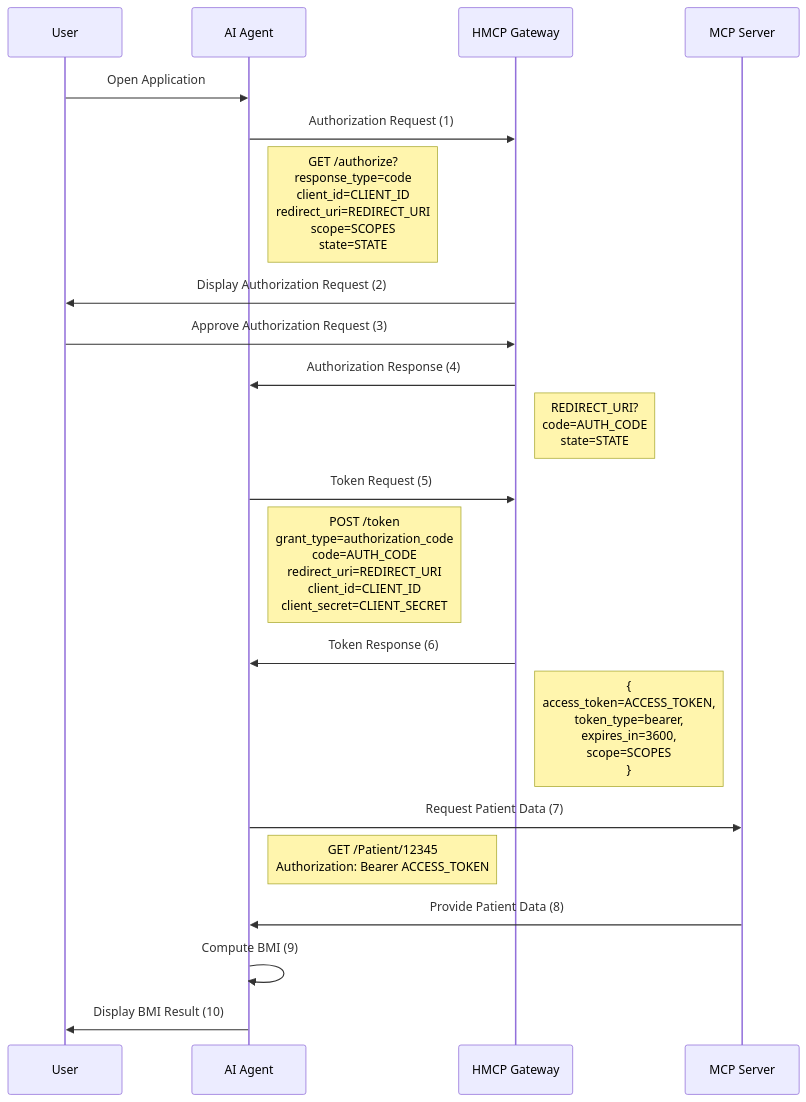
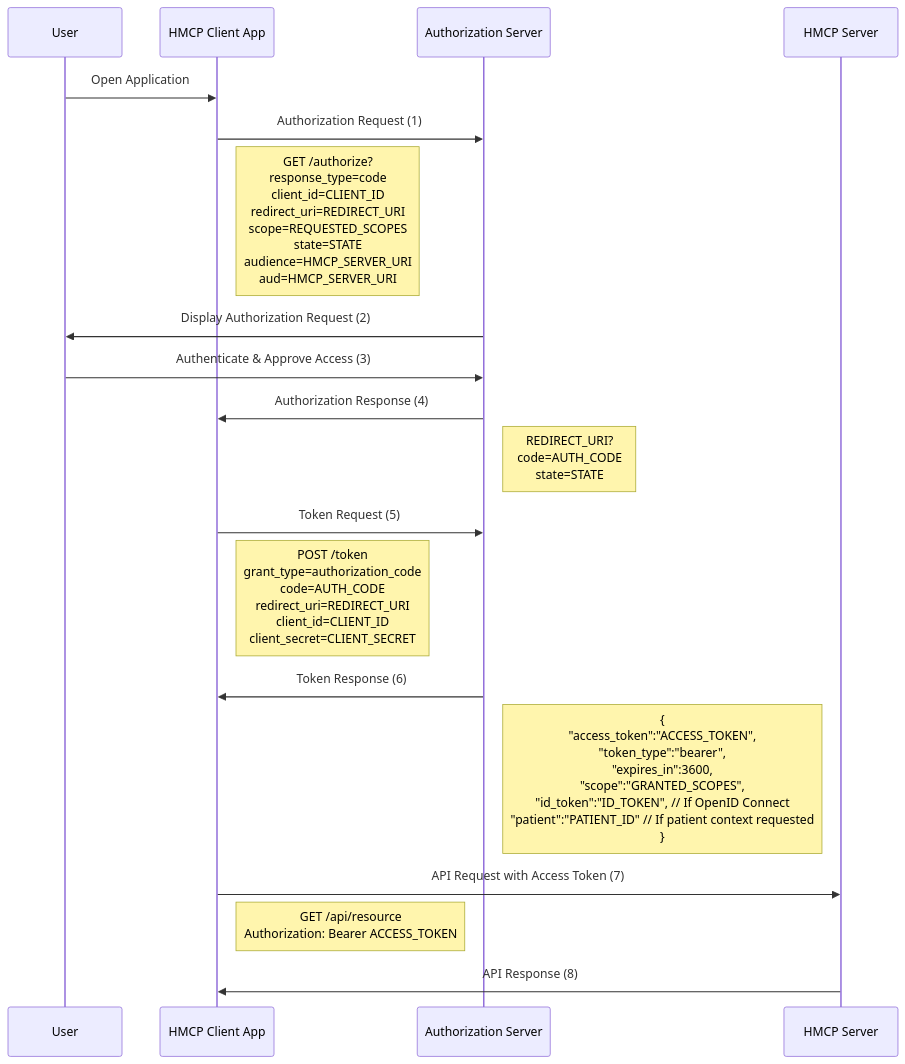
The first of 2 diagrams in docs/specification/auth.md (amitv-innovaccer/Healthcare-MCP), drawn with Mermaid before and after one commit. The commit also changed other lines of this file and 37 other files, not shown here.

````diff
--- a/docs/specification/auth.md
+++ b/docs/specification/auth.md
@@ -9,24 +13,22 @@
 ```mermaid
 sequenceDiagram
     participant User
-    participant SMART_App as AI Agent
-    participant Auth_Server as HMCP Gateway
-    participant FHIR_Server as MCP Server
+    participant HMCP_Client as HMCP Client App
+    participant Auth_Server as Authorization Server
+    participant HMCP_Server as HMCP Server
 
-    User->>SMART_App: Open Application
-    SMART_App->>Auth_Server: Authorization Request (1)
-    Note right of SMART_App: GET /authorize?<br>response_type=code<br>client_id=CLIENT_ID<br>redirect_uri=REDIRECT_URI<br>scope=SCOPES<br>state=STATE
+    User->>HMCP_Client: Open Application
+    HMCP_Client->>Auth_Server: Authorization Request (1)
+    Note right of HMCP_Client: GET /authorize?<br>response_type=code<br>client_id=CLIENT_ID<br>redirect_uri=REDIRECT_URI<br>scope=REQUESTED_SCOPES<br>state=STATE<br>audience=HMCP_SERVER_URI<br>aud=HMCP_SERVER_URI
     Auth_Server->>User: Display Authorization Request (2)
-    User->>Auth_Server: Approve Authorization Request (3)
-    Auth_Server->>SMART_App: Authorization Response (4)
+    User->>Auth_Server: Authenticate & Approve Access (3)
+    Auth_Server->>HMCP_Client: Authorization Response (4)
     Note right of Auth_Server: REDIRECT_URI?<br>code=AUTH_CODE<br>state=STATE
-    SMART_App->>Auth_Server: Token Request (5)
-    Note right of SMART_App: POST /token<br>grant_type=authorization_code<br>code=AUTH_CODE<br>redirect_uri=REDIRECT_URI<br>client_id=CLIENT_ID<br>client_secret=CLIENT_SECRET
-    Auth_Server->>SMART_App: Token Response (6)
-    Note right of Auth_Server: {<br>access_token=ACCESS_TOKEN,<br>token_type=bearer,<br>expires_in=3600,<br>scope=SCOPES<br>}
-    SMART_App->>FHIR_Server: Request Patient Data (7)
-    Note right of SMART_App: GET /Patient/12345<br>Authorization: Bearer ACCESS_TOKEN
-    FHIR_Server->>SMART_App: Provide Patient Data (8)
-    SMART_App->>SMART_App: Compute BMI (9)
-    SMART_App->>User: Display BMI Result (10)
+    HMCP_Client->>Auth_Server: Token Request (5)
+    Note right of HMCP_Client: POST /token<br>grant_type=authorization_code<br>code=AUTH_CODE<br>redirect_uri=REDIRECT_URI<br>client_id=CLIENT_ID<br>client_secret=CLIENT_SECRET
+    Auth_Server->>HMCP_Client: Token Response (6)
+    Note right of Auth_Server: {<br>"access_token":"ACCESS_TOKEN",<br>"token_type":"bearer",<br>"expires_in":3600,<br>"scope":"GRANTED_SCOPES",<br>"id_token":"ID_TOKEN", // If OpenID Connect<br>"patient":"PATIENT_ID" // If patient context requested<br>}
+    HMCP_Client->>HMCP_Server: API Request with Access Token (7)
+    Note right of HMCP_Client: GET /api/resource<br>Authorization: Bearer ACCESS_TOKEN
+    HMCP_Server->>HMCP_Client: API Response (8)
 ```
````
